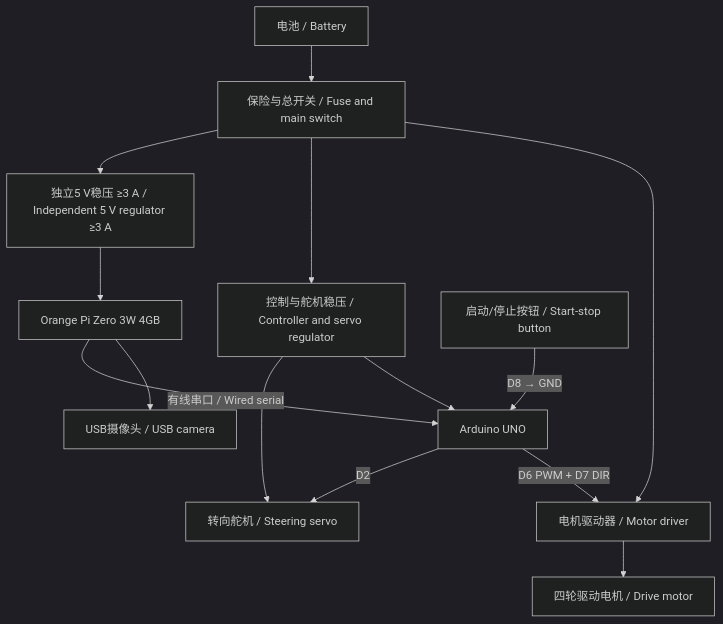
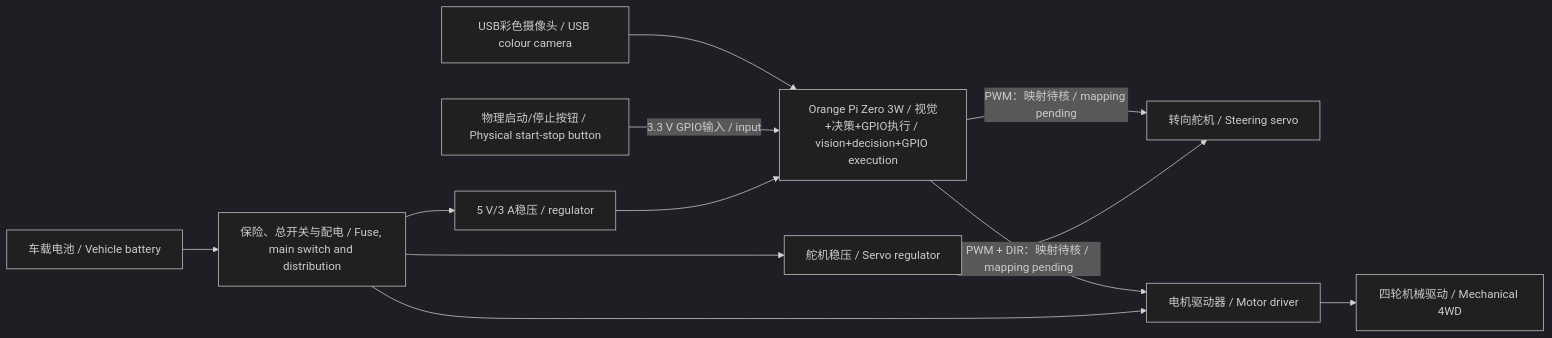
Before and after one commit to chinaxueyuannew/wro2026-nanjingBSSN: the diagram in schemes原理图/wiring.md, drawn with Mermaid (dark theme). The commit also changed other lines of this file and 32 other files, not shown here.

````diff
--- a/schemes原理图/wiring.md
+++ b/schemes原理图/wiring.md
@@ -54,16 +57,14 @@
 ```mermaid
-flowchart TD
-  B["电池 / Battery"] --> F["保险与总开关 / Fuse and main switch"]
-  F --> MD["电机驱动器 / Motor driver"]
-  MD --> M["四轮驱动电机 / Drive motor"]
-  F --> REG["控制与舵机稳压 / Controller and servo regulator"]
-  F --> REG5["独立5 V稳压 ≥3 A / Independent 5 V regulator ≥3 A"]
-  REG5 --> OPI["Orange Pi Zero 3W 4GB"]
-  OPI --> CAM["USB摄像头 / USB camera"]
-  OPI -->|"有线串口 / Wired serial"| UNO["Arduino UNO"]
-  REG --> UNO
-  REG --> SV["转向舵机 / Steering servo"]
-  UNO -->|"D6 PWM + D7 DIR"| MD
-  UNO -->|"D2"| SV
-  BTN["启动/停止按钮 / Start-stop button"] -->|"D8 → GND"| UNO
+flowchart LR
+  CAM["USB彩色摄像头 / USB colour camera"] --> OPI["Orange Pi Zero 3W / 视觉+决策+GPIO执行 / vision+decision+GPIO execution"]
+  BTN["物理启动/停止按钮 / Physical start-stop button"] -->|"3.3 V GPIO输入 / input"| OPI
+  OPI -->|"PWM：映射待核 / mapping pending"| SERVO["转向舵机 / Steering servo"]
+  OPI -->|"PWM + DIR：映射待核 / mapping pending"| DRIVER["电机驱动器 / Motor driver"]
+  DRIVER --> MOTOR["四轮机械驱动 / Mechanical 4WD"]
+  BAT["车载电池 / Vehicle battery"] --> DIST["保险、总开关与配电 / Fuse, main switch and distribution"]
+  DIST --> DRIVER
+  DIST --> REG5["5 V/3 A稳压 / regulator"]
+  REG5 --> OPI
+  DIST --> REGS["舵机稳压 / Servo regulator"]
+  REGS --> SERVO
 ```
````
